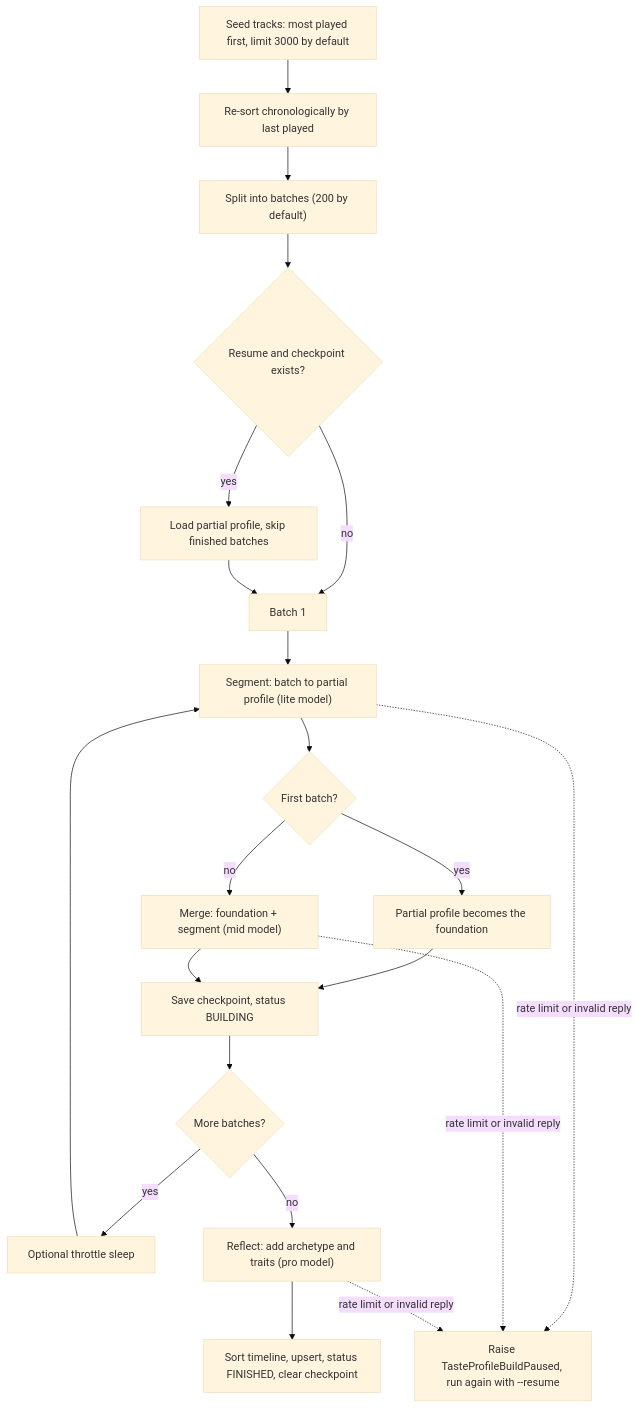
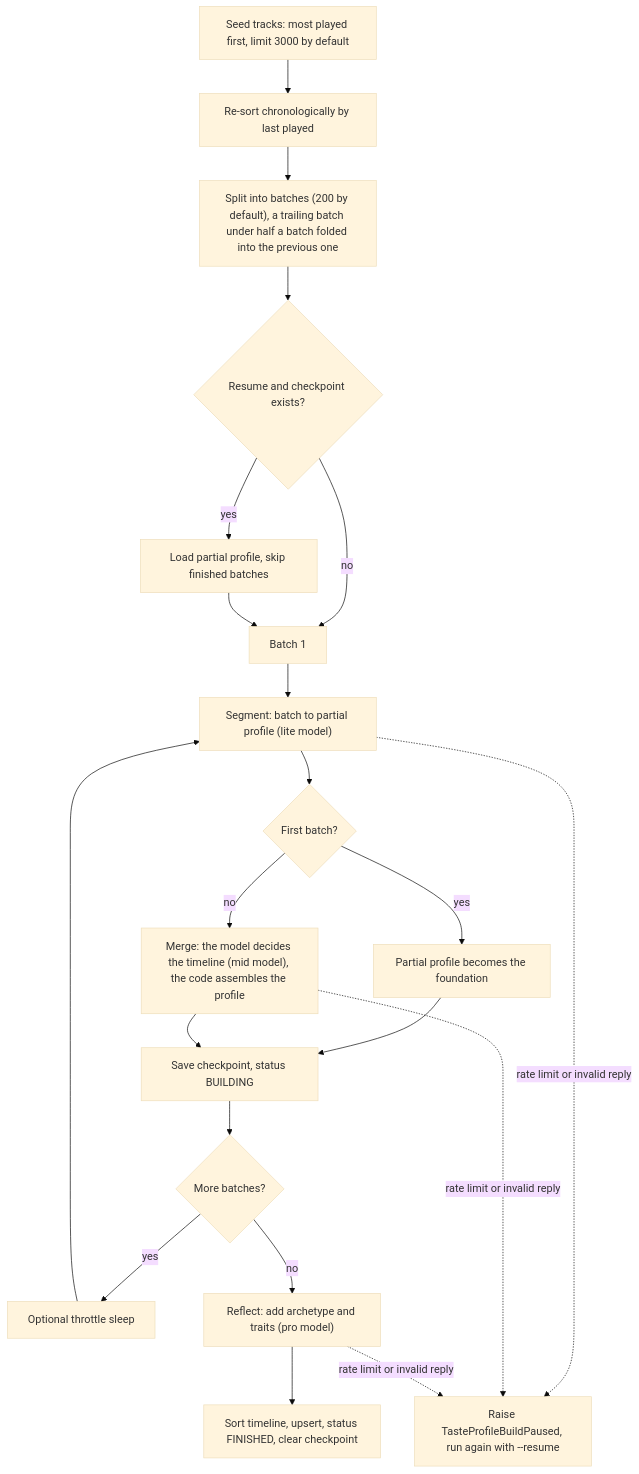
Before and after one commit to ychab/museflow: the diagram in docs/technical/llm-pipeline.md, drawn with Mermaid (base theme). The commit also changed other lines of this file and 13 other files, not shown here.

First line of the commit message:
fix(profiler): fold a short trailing batch and merge the profile in code

````diff
--- a/docs/technical/llm-pipeline.md
+++ b/docs/technical/llm-pipeline.md
@@ -63,22 +63,22 @@
 ```mermaid
 flowchart TD
     A["Seed tracks: most played first, limit 3000 by default"] --> B["Re-sort chronologically by last played"]
-    B --> C["Split into batches (200 by default)"]
+    B --> C["Split into batches (200 by default), a trailing batch under half a batch folded into the previous one"]
     C --> D{"Resume and checkpoint exists?"}
     D -- yes --> E["Load partial profile, skip finished batches"]
     D -- no --> F["Batch 1"]
     E --> F
     F --> G["Segment: batch to partial profile (lite model)"]
     G --> H{"First batch?"}
     H -- yes --> I["Partial profile becomes the foundation"]
-    H -- no --> J["Merge: foundation + segment (mid model)"]
+    H -- no --> J["Merge: the model decides the timeline (mid model), the code assembles the profile"]
     I --> K["Save checkpoint, status BUILDING"]
     J --> K
     K --> L{"More batches?"}
     L -- yes --> M["Optional throttle sleep"] --> G
     L -- no --> N["Reflect: add archetype and traits (pro model)"]
     N --> O["Sort timeline, upsert, status FINISHED, clear checkpoint"]
     G -. rate limit or invalid reply .-> P["Raise TasteProfileBuildPaused, run again with --resume"]
     J -. rate limit or invalid reply .-> P
     N -. rate limit or invalid reply .-> P
 ```
````
